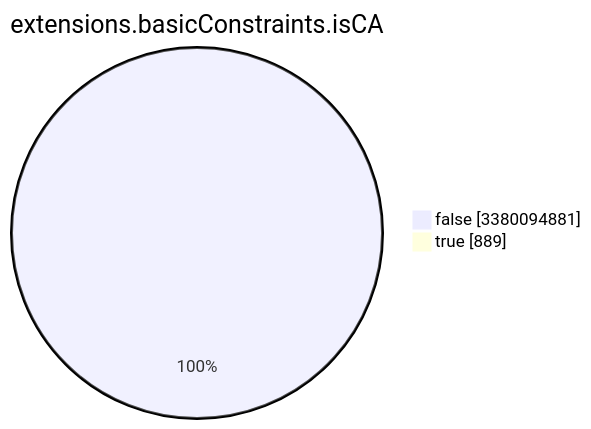
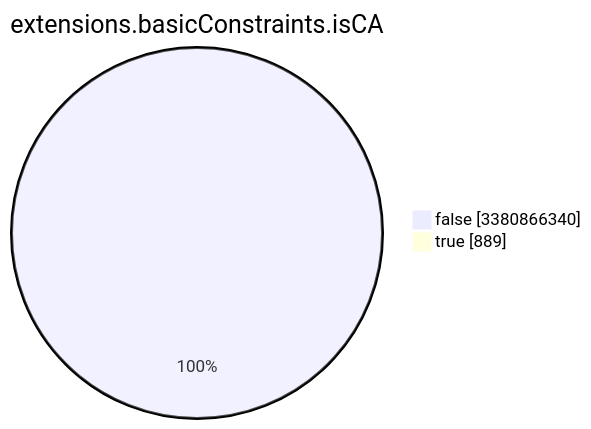
One commit to christiankrug/ctmonitor_visualization changed the seventh of 15 diagrams in TOTAL/README.md. Above: the diagram before and after it, drawn with Mermaid. The commit also changed other lines of this file, not shown here.

````diff
--- a/TOTAL/README.md
+++ b/TOTAL/README.md
@@ -3090,6 +3090,6 @@
 ```mermaid
 pie showData
 title extensions.basicConstraints.isCA
-"false" :3380094881
+"false" :3380866340
 "true" :889
 ```
````
